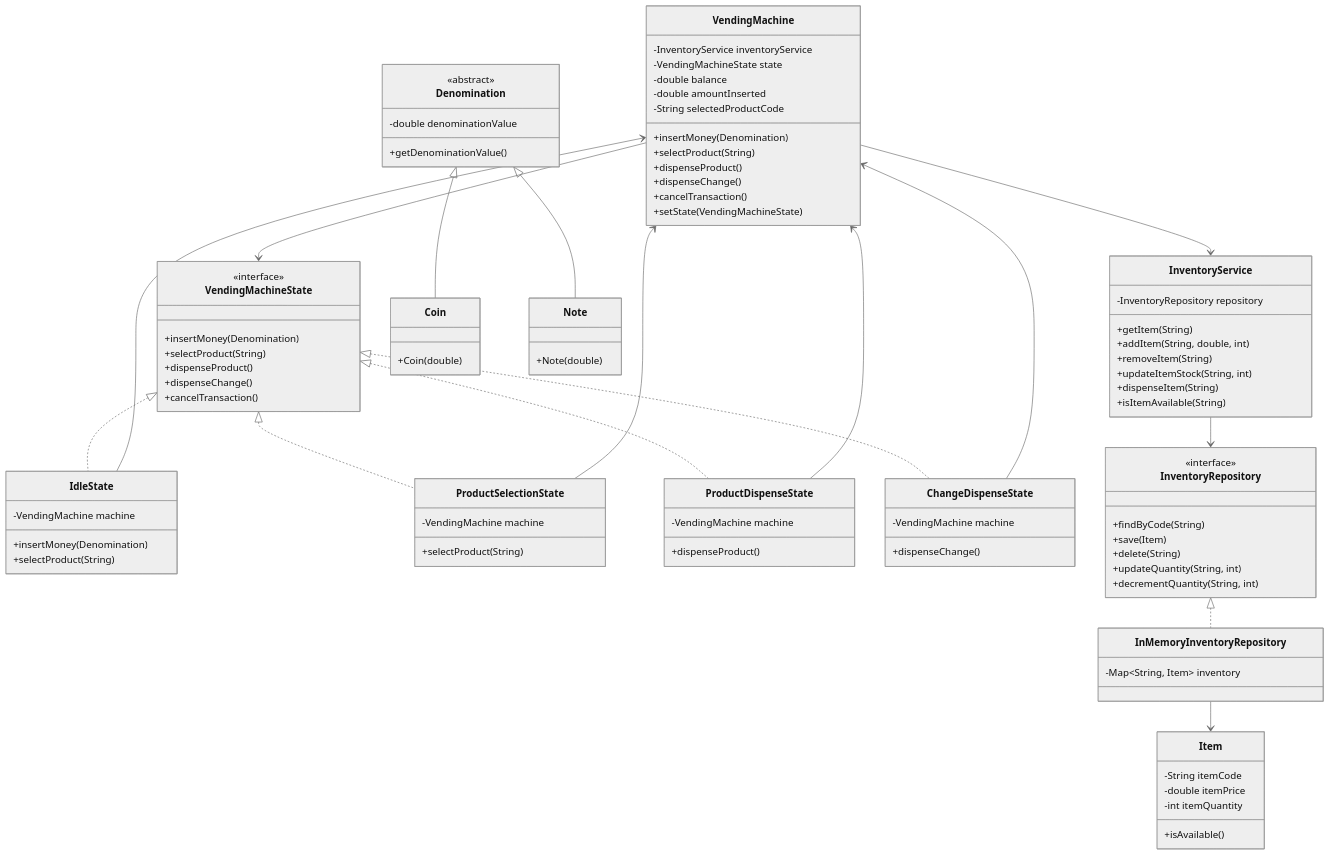
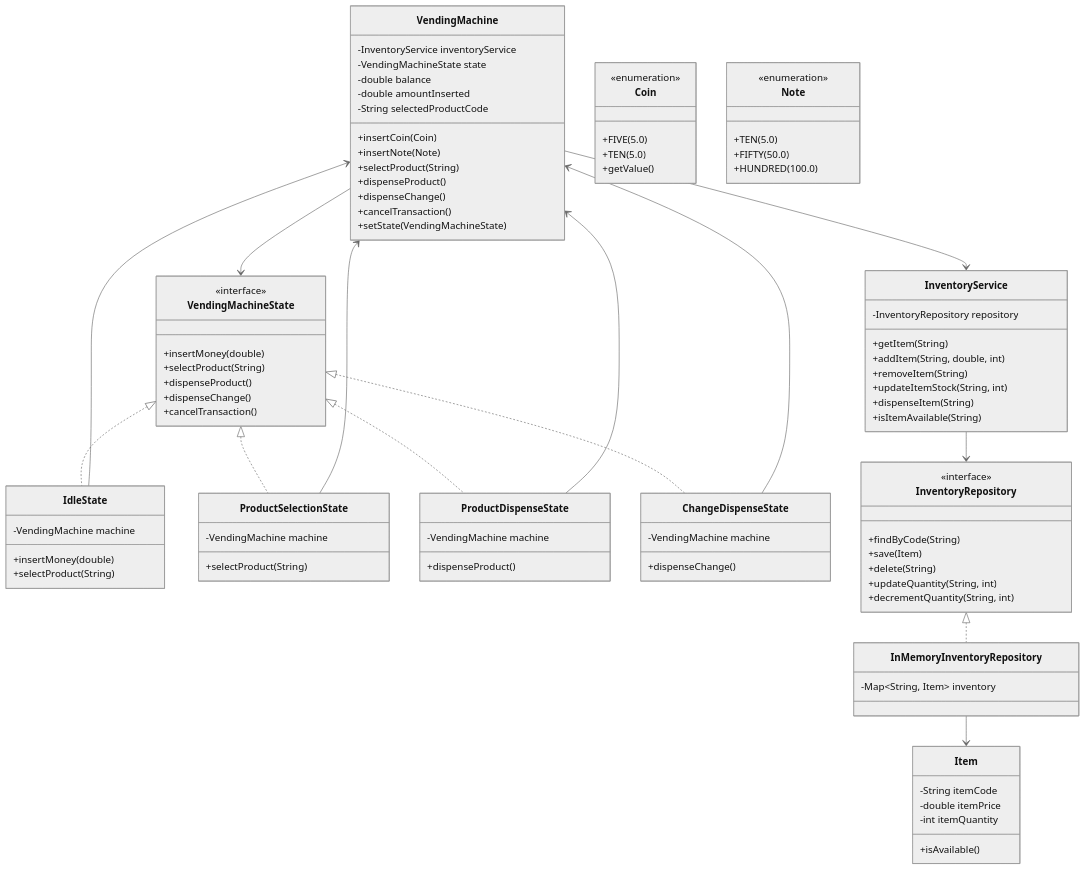
The diagram in solutions/vendingmachine/notes.md (shafique-md18/low-level-design), drawn with Mermaid (neutral theme) before and after one commit.

Commit message:
Corrected mermaid design

````diff
--- a/solutions/vendingmachine/notes.md
+++ b/solutions/vendingmachine/notes.md
@@ -42,7 +42,8 @@
         -double balance
         -double amountInserted
         -String selectedProductCode
-        +insertMoney(Denomination)
+        +insertCoin(Coin)
+        +insertNote(Note)
         +selectProduct(String)
         +dispenseProduct()
         +dispenseChange()
@@ -52,7 +53,7 @@
 
     class VendingMachineState {
         <<interface>>
-        +insertMoney(Denomination)
+        +insertMoney(double)
         +selectProduct(String)
         +dispenseProduct()
         +dispenseChange()
@@ -61,7 +62,7 @@
 
     class IdleState {
         -VendingMachine machine
-        +insertMoney(Denomination)
+        +insertMoney(double)
         +selectProduct(String)
     }
 
@@ -110,18 +111,18 @@
         +isAvailable()
     }
 
-    class Denomination {
-        <<abstract>>
-        -double denominationValue
-        +getDenominationValue()
-    }
-
     class Coin {
-        +Coin(double)
+        <<enumeration>>
+        +FIVE(5.0)
+        +TEN(5.0)
+        +getValue()
     }
 
     class Note {
-        +Note(double)
+        <<enumeration>>
+       +TEN(5.0)
+       +FIFTY(50.0)
+       +HUNDRED(100.0)
     }
 
     VendingMachine --> VendingMachineState
@@ -137,6 +138,4 @@
     InventoryService --> InventoryRepository
     InventoryRepository <|.. InMemoryInventoryRepository
     InMemoryInventoryRepository --> Item
-    Denomination <|-- Coin
-    Denomination <|-- Note
 ```
````
